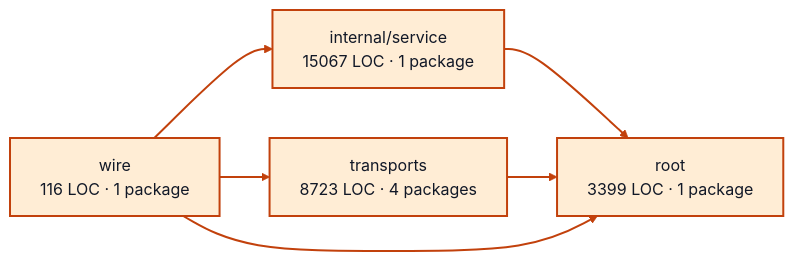
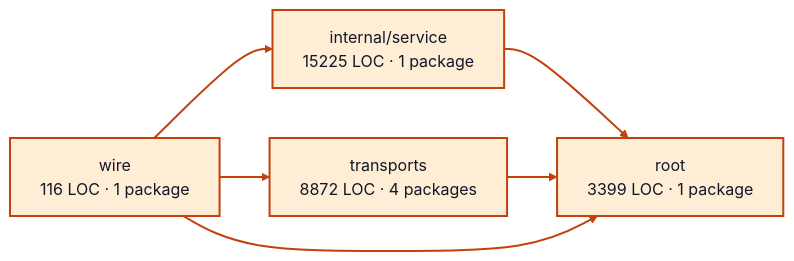
The diagram in docs/architecture/visualizations/services/worker_sessions.md (portpowered/you-agent-factory), drawn with Mermaid before and after one commit. The commit also changed other lines of this file and 21 other files, not shown here.

Commit message:
docs: refresh backend architecture visualizations

````diff
--- a/docs/architecture/visualizations/services/worker_sessions.md
+++ b/docs/architecture/visualizations/services/worker_sessions.md
@@ -11,17 +11,17 @@
 ```mermaid
 flowchart LR
-  p0["internal/service<br/>15067 LOC · 1 package"]
+  p0["internal/service<br/>15225 LOC · 1 package"]
   p1["root<br/>3399 LOC · 1 package"]
-  p2["transports<br/>8723 LOC · 4 packages"]
+  p2["transports<br/>8872 LOC · 4 packages"]
   p3["wire<br/>116 LOC · 1 package"]
   p0 --> p1
   p2 --> p1
   p3 --> p0
   p3 --> p1
   p3 --> p2
   style p0 fill:#ffedd5,stroke:#c2410c,stroke-width:2px,color:#111827
   style p1 fill:#ffedd5,stroke:#c2410c,stroke-width:2px,color:#111827
   style p2 fill:#ffedd5,stroke:#c2410c,stroke-width:2px,color:#111827
   style p3 fill:#ffedd5,stroke:#c2410c,stroke-width:2px,color:#111827
   linkStyle default stroke:#c2410c,stroke-width:2px
 ```
````
